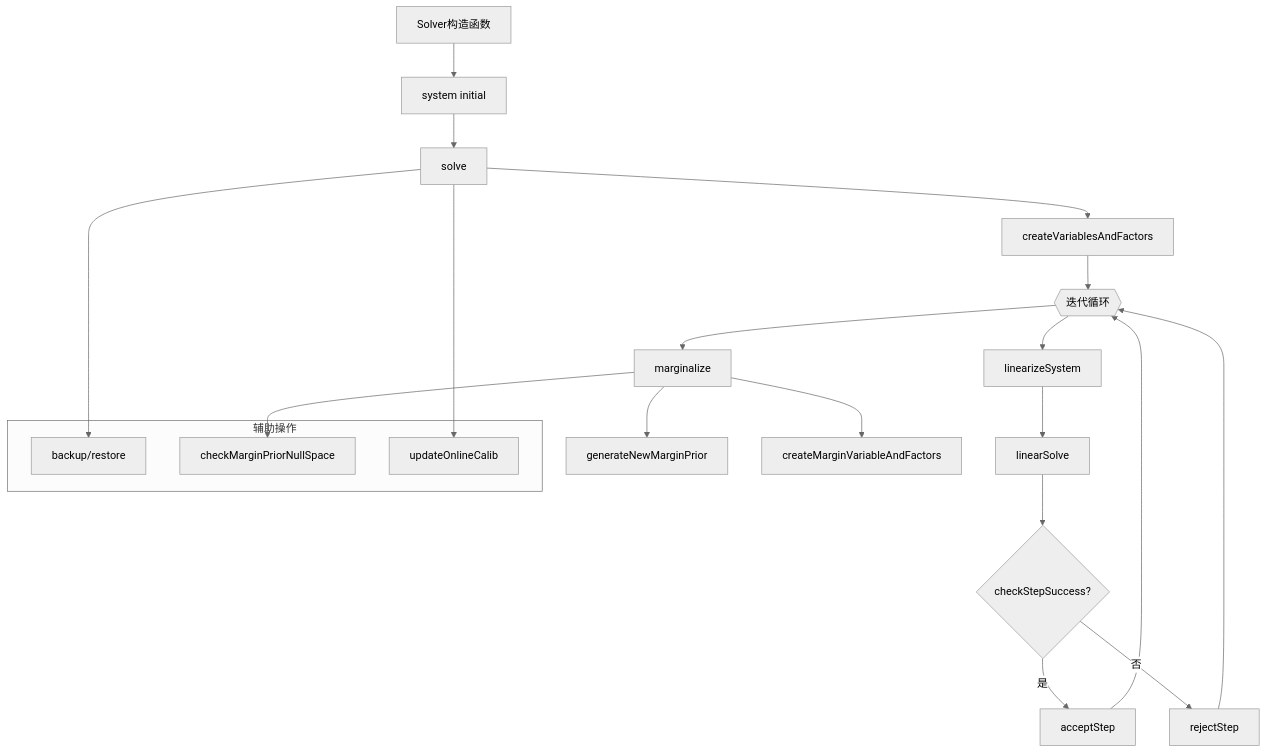
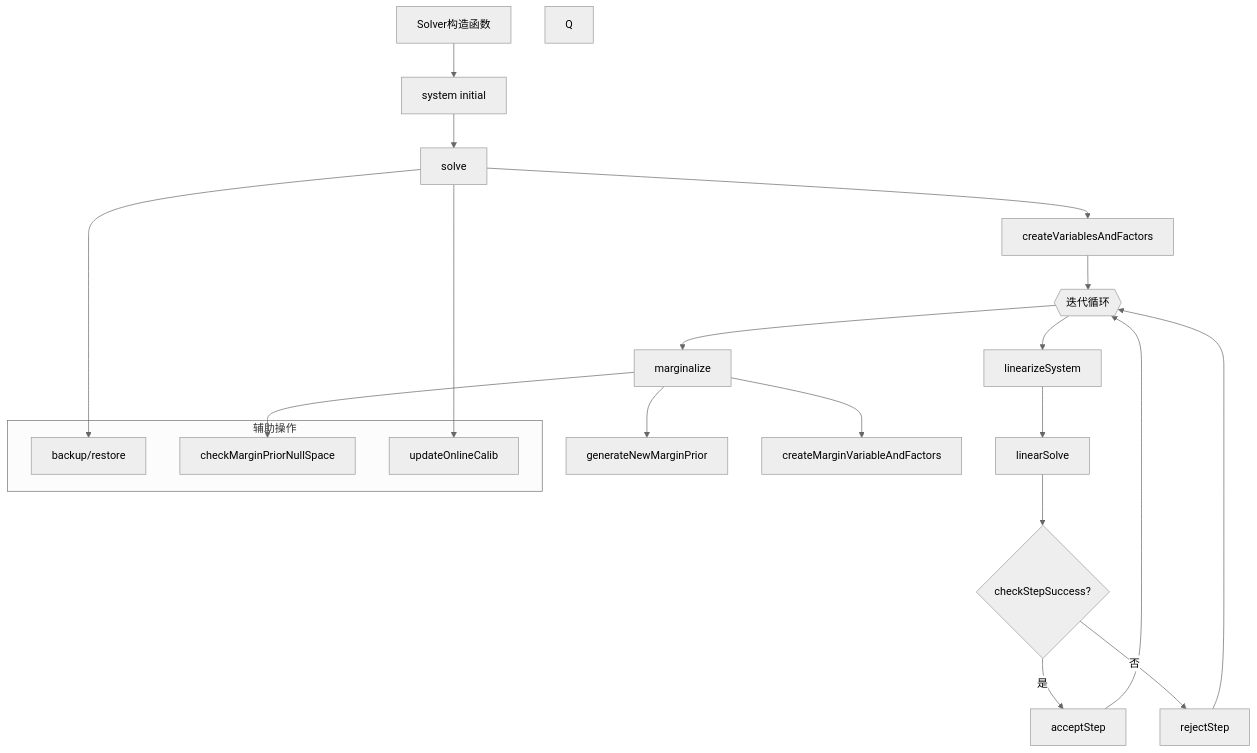
One commit to huzixuan1/iodraw-files changed the diagram in all/未命名-2.md. Above: the diagram before and after it, drawn with Mermaid (neutral theme).

Commit message:
2025-04-17 09:22:00 update

````diff
--- a/all/未命名-2.md
+++ b/all/未命名-2.md
@@ -1,27 +1,28 @@
 ```mermaid
 
 graph TD
     A[Solver构造函数] --> B[system initial]
     B --> C[solve]
     C --> D[createVariablesAndFactors]
+    Q
     D --> E{{迭代循环}}
     E --> F[linearizeSystem]
     F --> G[linearSolve]
     G --> H{checkStepSuccess?}
     H -- 是 --> I[acceptStep]
     H -- 否 --> J[rejectStep]
     I --> E
     J --> E
     E --> K[marginalize]
     K --> L[generateNewMarginPrior]
     K --> M[createMarginVariableAndFactors]
     
     subgraph 辅助操作
         N[backup/restore]
         O[checkMarginPriorNullSpace]
         P[updateOnlineCalib]
     end
     C --> N
     K --> O
     C --> P
 ```
````
